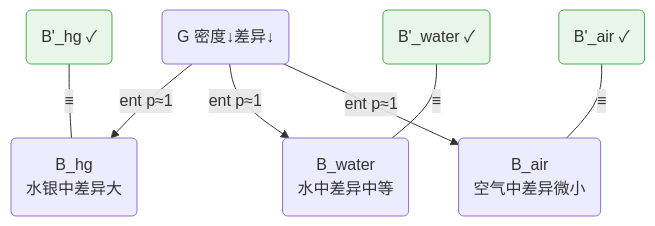
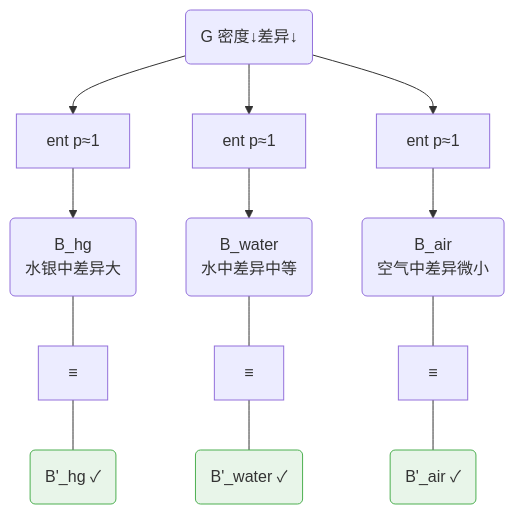
Before and after one commit to SiliconEinstein/Gaia: the seventh of 10 diagrams in docs/foundations/theory/science-formalization.md, drawn with Mermaid. The commit also changed other lines of this file, not shown here.

````diff
--- a/docs/foundations/theory/science-formalization.md
+++ b/docs/foundations/theory/science-formalization.md
@@ -323,11 +324,11 @@
 ```mermaid
 graph TD
-    G("G 密度↓差异↓") -->|"ent p≈1"| Bhg("B_hg<br/>水银中差异大")
-    G -->|"ent p≈1"| Bw("B_water<br/>水中差异中等")
-    G -->|"ent p≈1"| Ba("B_air<br/>空气中差异微小")
-    Bphg("B'_hg ✓"):::obs ---|"≡"| Bhg
-    Bpw("B'_water ✓"):::obs ---|"≡"| Bw
-    Bpa("B'_air ✓"):::obs ---|"≡"| Ba
+    G("G 密度↓差异↓") --> f1["ent p≈1"] --> Bhg("B_hg<br/>水银中差异大")
+    G --> f2["ent p≈1"] --> Bw("B_water<br/>水中差异中等")
+    G --> f3["ent p≈1"] --> Ba("B_air<br/>空气中差异微小")
+    Bhg --- eq1["≡"] --- Bphg("B'_hg ✓"):::obs
+    Bw --- eq2["≡"] --- Bpw("B'_water ✓"):::obs
+    Ba --- eq3["≡"] --- Bpa("B'_air ✓"):::obs
 
     classDef obs fill:#e8f5e9,stroke:#4caf50
 ```
````
